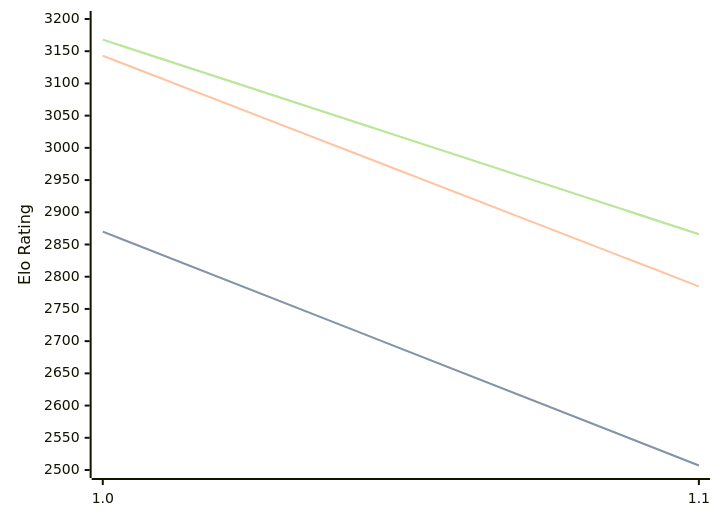
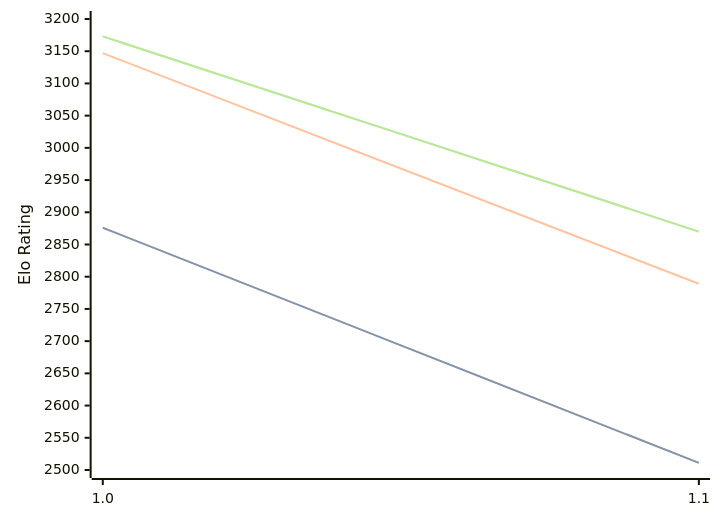
Before and after one commit to computer-chess-index/cci: the diagram in engines/Publius.md, drawn with Mermaid. The commit also changed other lines of this file, not shown here.

Commit message:
Update CCI Ratings (ELO VLTC) - 2026-04-18

````diff
--- a/engines/Publius.md
+++ b/engines/Publius.md
@@ -32,11 +32,11 @@
 ```mermaid
 %%{init: {"theme":"base","themeVariables":{"seriesColors:['#a3a3a3','#222221','#faa371']}}}%%
 xychart-beta
   x-axis ["1.0", "1.1"]
   y-axis "Elo Rating" 2500 --> 3200
-  line "STC (8.0+0.08s)" [2870, 2507]
-  line "STC (8.0+0.08s)" [2870, 2507]
-  line "LTC (60.0+0.60s)" [3143, 2785]
-  line "VLTC (2m24s+1.12s)" [3168, 2866]
-  line "VLTC (2m24s+1.12s)" [3168, 2866]
+  line "STC (8.0+0.08s)" [2876, 2511]
+  line "STC (8.0+0.08s)" [2876, 2511]
+  line "LTC (60.0+0.60s)" [3147, 2789]
+  line "VLTC (2m24s+1.12s)" [3173, 2870]
+  line "VLTC (2m24s+1.12s)" [3173, 2870]
 ```
````
